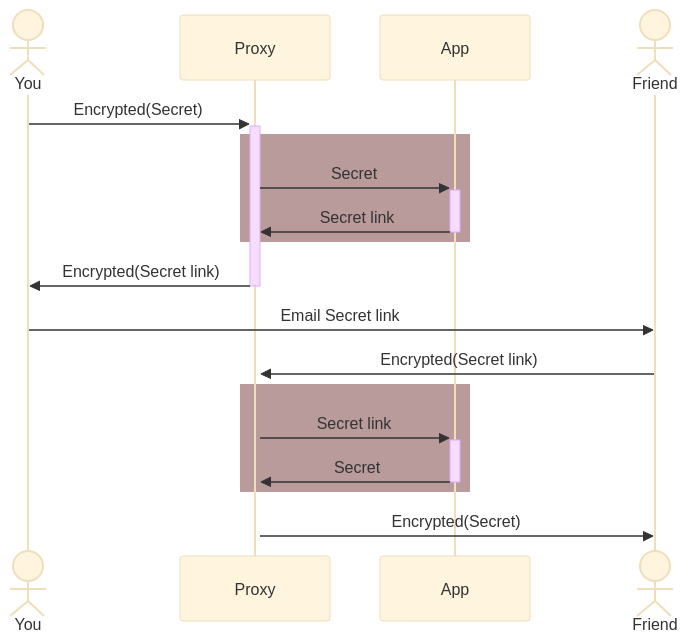
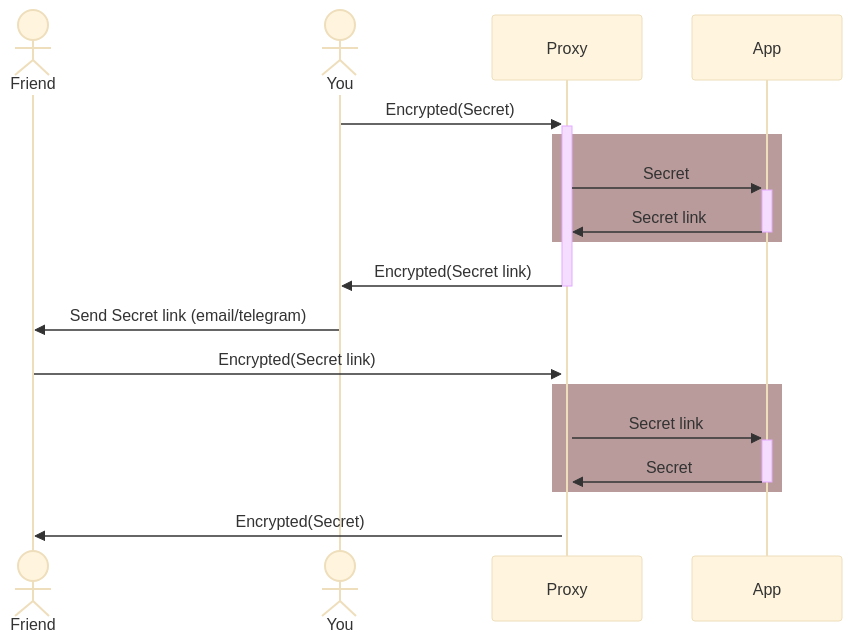
One commit to buildcomplete/YT-secrets changed the second of 2 diagrams in readme.md. Above: the diagram before and after it, drawn with Mermaid (base theme).

Commit message:
Updated diagram layout
this better shows that the proxy is in front of the app

````diff
--- a/readme.md
+++ b/readme.md
@@ -70,23 +70,23 @@
 ```mermaid
 sequenceDiagram
+   Actor Friend
    Actor You
    Participant Proxy
    Participant App
-   Actor Friend
    
    You->>+Proxy: Encrypted(Secret)
    rect rgb(185,155,155)
       Proxy->>+App:Secret
       App->>-Proxy:Secret link
    end
    Proxy->>-You: Encrypted(Secret link)
    
-   You->>Friend:Email Secret link
+   You->>Friend:Send Secret link (email/telegram)
 
    Friend->>+Proxy:Encrypted(Secret link)
    rect rgb(185,155,155)
       Proxy->>+App:Secret link
       App->>-Proxy:Secret
    end
    Proxy->>Friend:Encrypted(Secret)
 ```
````
